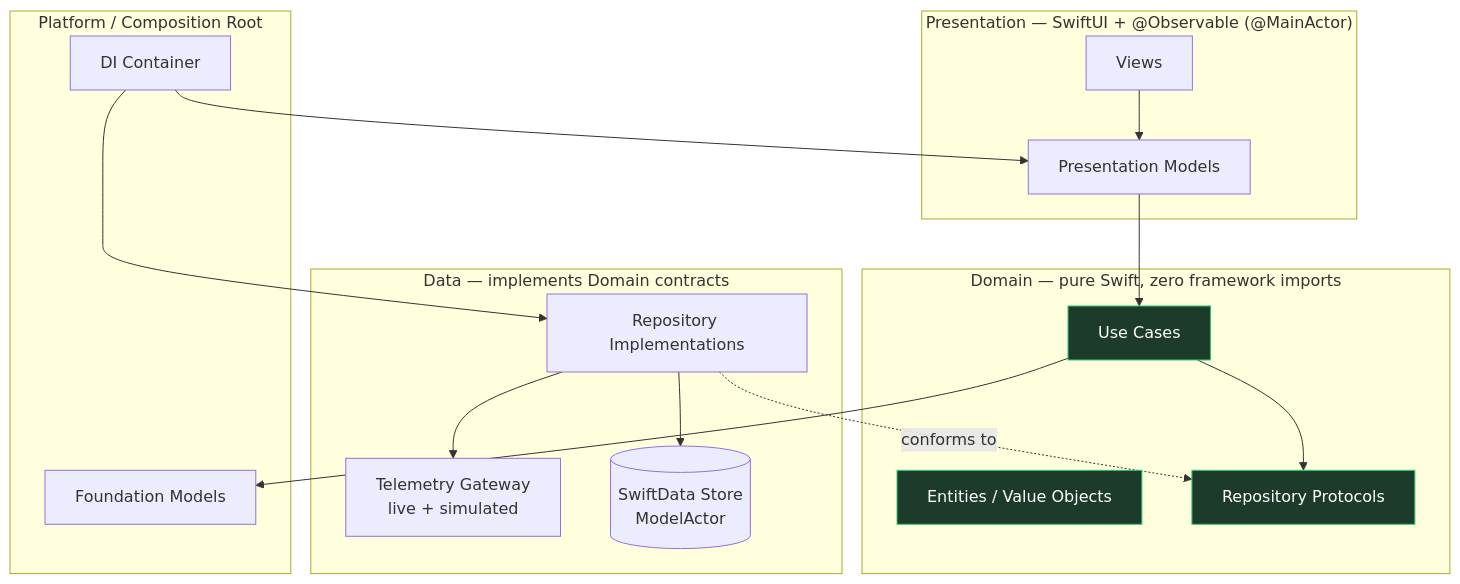
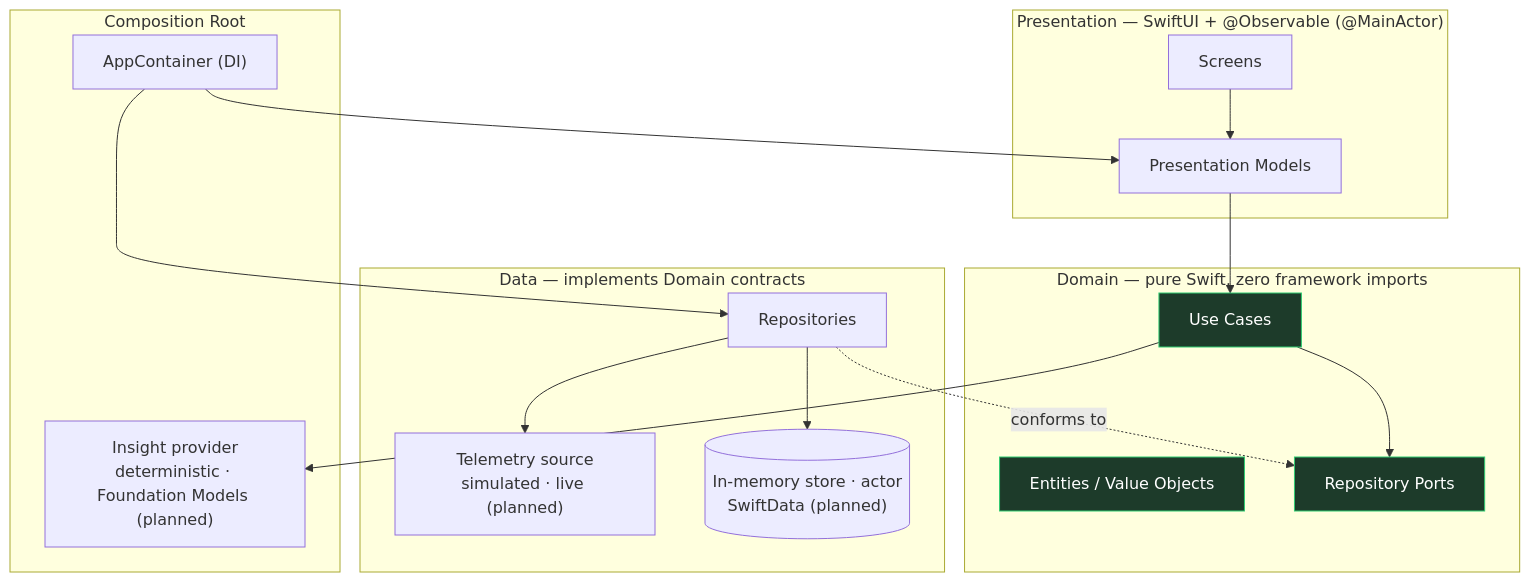
The first of 2 diagrams in README.md (donatogomez/signal-flow), drawn with Mermaid before and after one commit. The commit also changed other lines of this file and 5 other files, not shown here.

````diff
--- a/README.md
+++ b/README.md
@@ -63,33 +78,33 @@
 ```mermaid
 flowchart TB
     subgraph Presentation["Presentation — SwiftUI + @Observable (@MainActor)"]
-        V[Views]
+        V[Screens]
         PM[Presentation Models]
     end
     subgraph Domain["Domain — pure Swift, zero framework imports"]
         UC[Use Cases]
         E[Entities / Value Objects]
-        RP[Repository Protocols]
+        RP[Repository Ports]
     end
     subgraph Data["Data — implements Domain contracts"]
-        REPO[Repository Implementations]
-        GW[Telemetry Gateway<br/>live + simulated]
-        STORE[(SwiftData Store<br/>ModelActor)]
+        REPO[Repositories]
+        GW["Telemetry source<br/>simulated · live (planned)"]
+        STORE[("In-memory store · actor<br/>SwiftData (planned)")]
     end
-    subgraph Platform["Platform / Composition Root"]
-        DI[DI Container]
-        FM[Foundation Models]
+    subgraph Platform["Composition Root"]
+        DI["AppContainer (DI)"]
+        FM["Insight provider<br/>deterministic · Foundation Models (planned)"]
     end
 
     V --> PM --> UC
     UC --> RP
     REPO -. conforms to .-> RP
     REPO --> GW
     REPO --> STORE
     DI --> REPO
     DI --> PM
     UC --> FM
 
     classDef domain fill:#1d3b2a,stroke:#2ecc71,color:#fff;
     class UC,E,RP domain;
 ```
````
